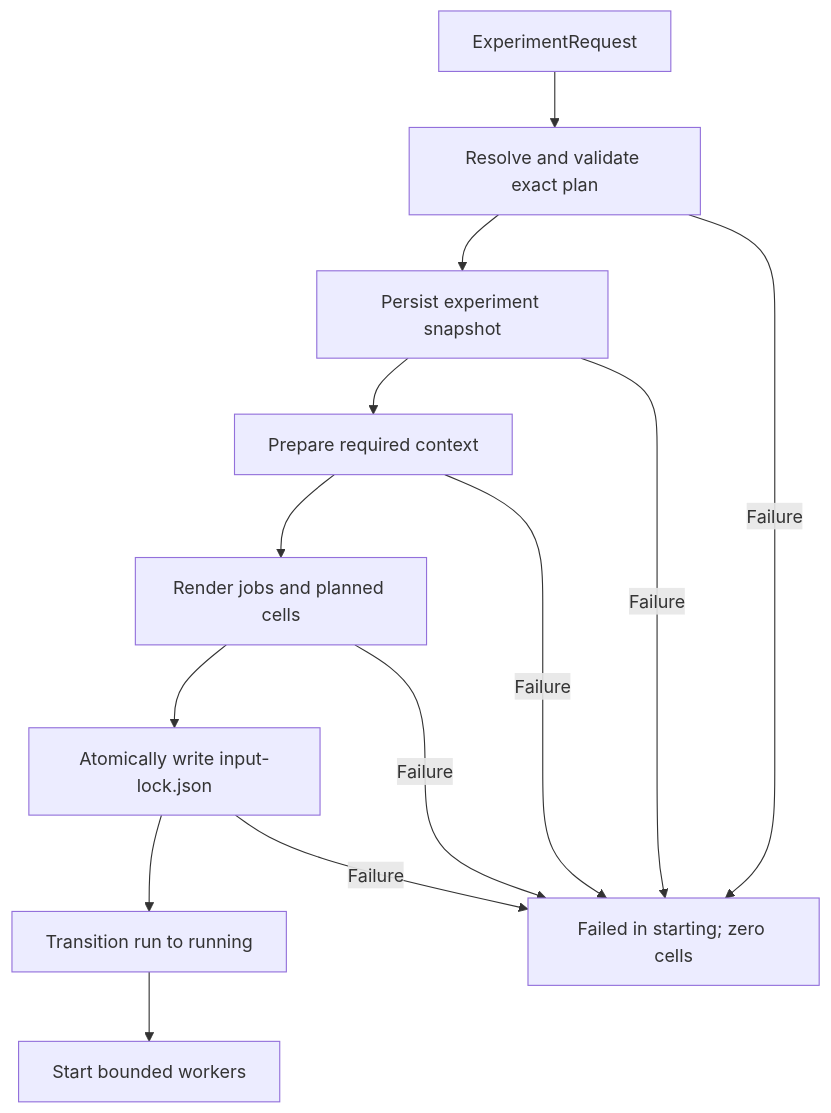
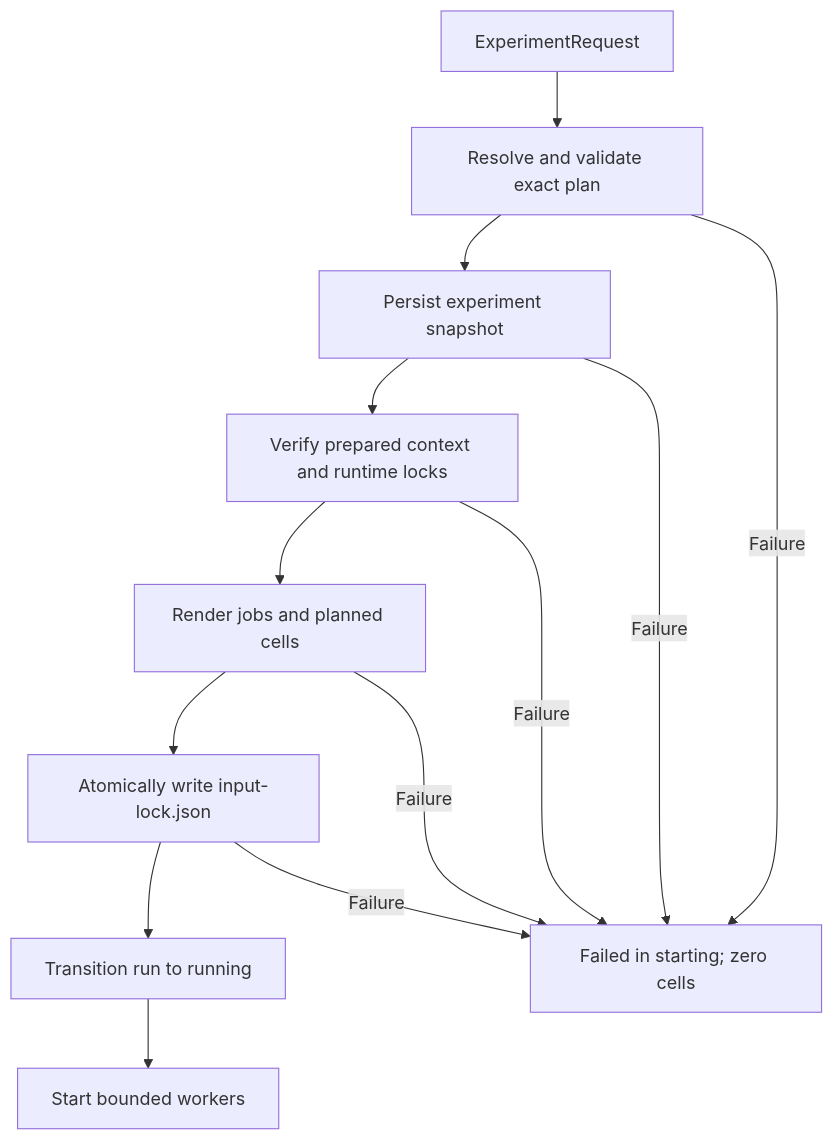
One commit to ash0ts/fugue changed the sixth of 13 diagrams in README.md. Above: the diagram before and after it, drawn with Mermaid. The commit also changed other lines of this file and 94 other files, not shown here.

````diff
--- a/README.md
+++ b/README.md
@@ -478,15 +519,15 @@
 ```mermaid
 flowchart TD
     REQUEST["ExperimentRequest"] --> RESOLVE["Resolve and validate exact plan"]
     RESOLVE --> SNAPSHOT["Persist experiment snapshot"]
-    SNAPSHOT --> CONTEXT["Prepare required context"]
+    SNAPSHOT --> CONTEXT["Verify prepared context and runtime locks"]
     CONTEXT --> RENDER["Render jobs and planned cells"]
     RENDER --> LOCK["Atomically write input-lock.json"]
     LOCK --> RUNNING["Transition run to running"]
     RUNNING --> WORKERS["Start bounded workers"]
     RESOLVE -->|Failure| FAILED["Failed in starting; zero cells"]
     SNAPSHOT -->|Failure| FAILED
     CONTEXT -->|Failure| FAILED
     RENDER -->|Failure| FAILED
     LOCK -->|Failure| FAILED
 ```
````
